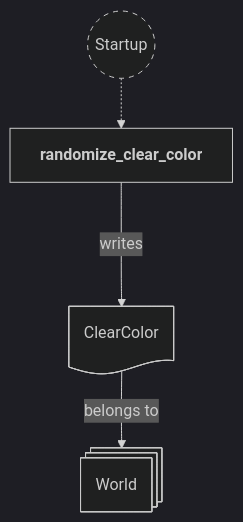
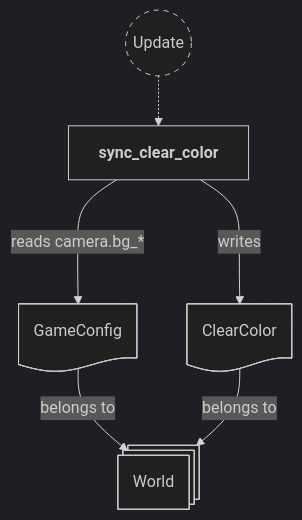
The first of 8 diagrams in backlog/docs/doc-6 - 005-Camera-plugin.md (neurosoup/tyled), drawn with Mermaid before and after one commit. The commit also changed other lines of this file and 29 other files, not shown here.

First line of the commit message:
Feat: consolidate tunable constants into a hot-reloadable RON game config

````diff
--- a/backlog/docs/doc-6 - 005-Camera-plugin.md
+++ b/backlog/docs/doc-6 - 005-Camera-plugin.md
@@ -80,21 +81,24 @@
 ```mermaid
 ---
 config:
   theme: dark
 ---
 
 flowchart TD
 classDef system-group stroke-dasharray: 5 5
 
-startup(("`Startup`")):::system-group
-randomize_clear_color["`**randomize_clear_color**`"]
+update(("`Update`")):::system-group
+sync_clear_color["`**sync_clear_color**`"]
 
-startup -.-> randomize_clear_color
+update -.-> sync_clear_color
 
 world@{ shape: st-rect, label: "World" }
+config_res@{ shape: doc, label: "GameConfig" }
 clear_color_res@{ shape: doc, label: "ClearColor" }
 
+config_res --> |belongs to| world
 clear_color_res --> |belongs to| world
 
-randomize_clear_color ---> |writes| clear_color_res
+sync_clear_color ---> |reads camera.bg_*| config_res
+sync_clear_color ---> |writes| clear_color_res
 ```
````
